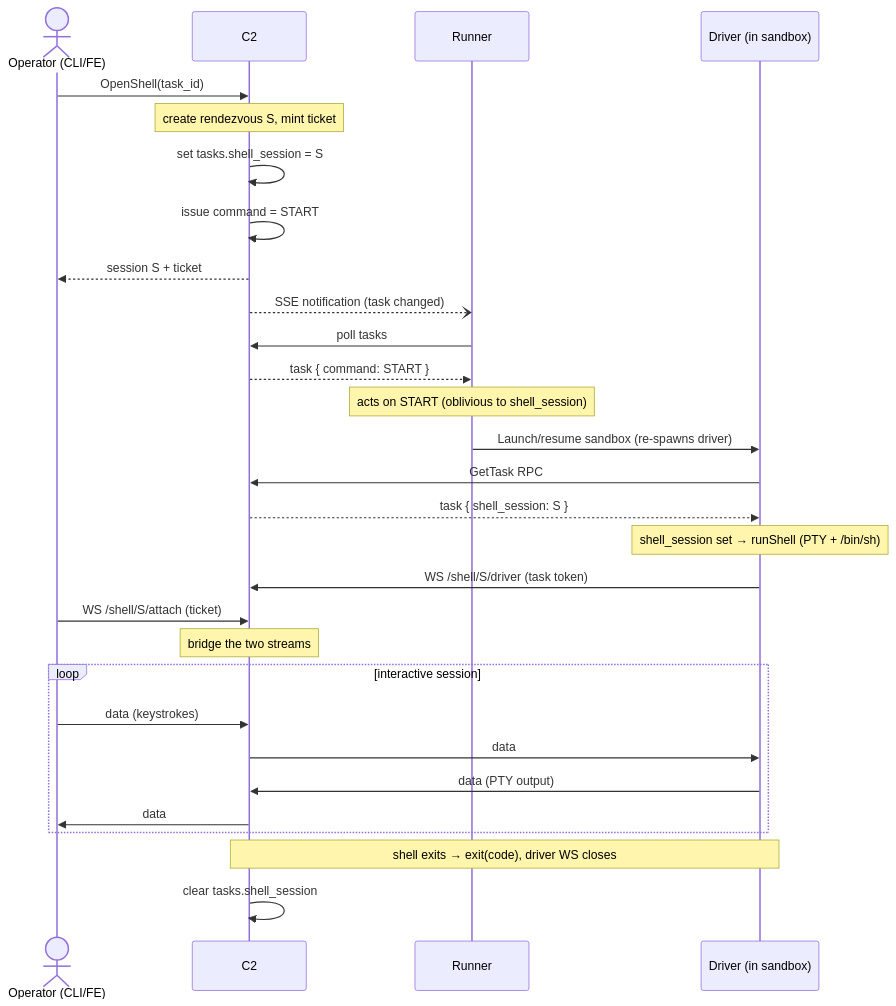
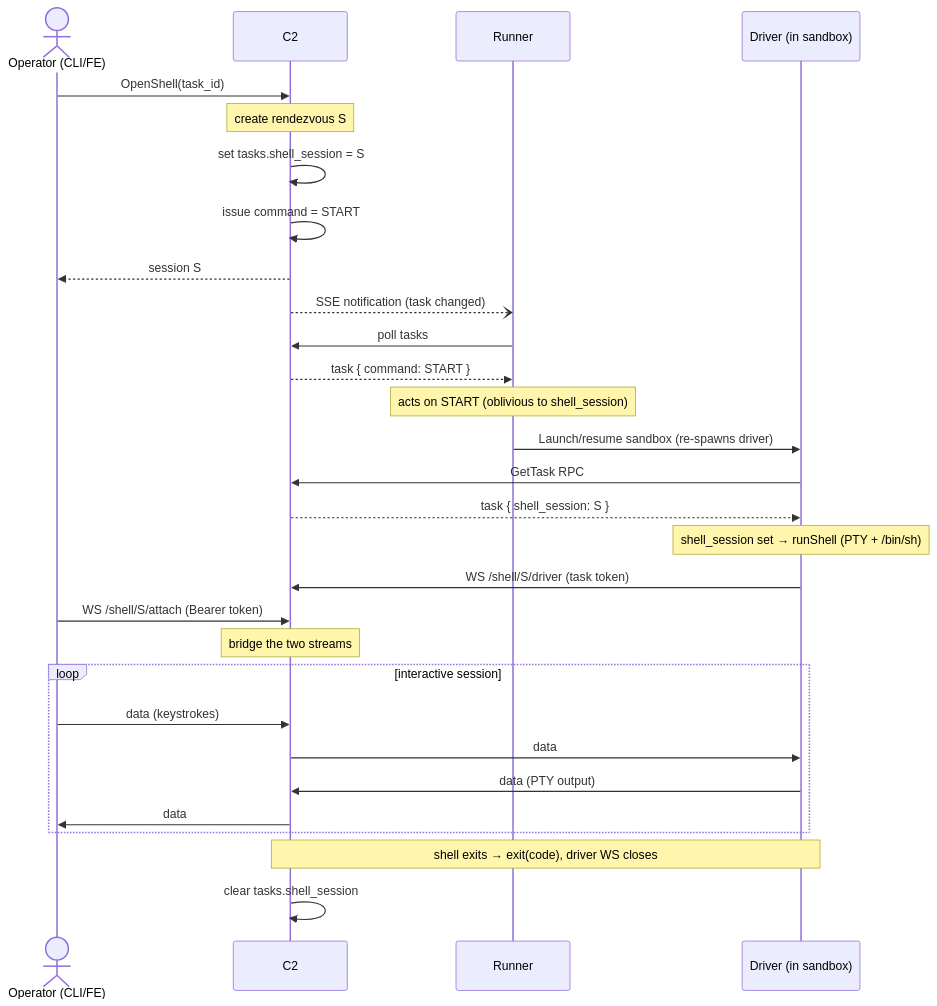
The diagram in proposals/draft/driver-reverse-shell.md (icholy/xagent), drawn with Mermaid before and after one commit. The commit also changed other lines of this file, not shown here.

Commit message:
proposal: drop reverse-shell ticket, use Bearer auth for operator leg

````diff
--- a/proposals/draft/driver-reverse-shell.md
+++ b/proposals/draft/driver-reverse-shell.md
@@ -115,37 +114,37 @@
 ```mermaid
 sequenceDiagram
     actor Op as Operator (CLI/FE)
     participant C2
     participant Runner
     participant Driver as Driver (in sandbox)
 
     Op->>C2: OpenShell(task_id)
-    Note over C2: create rendezvous S, mint ticket
+    Note over C2: create rendezvous S
     C2->>C2: set tasks.shell_session = S
     C2->>C2: issue command = START
-    C2-->>Op: session S + ticket
+    C2-->>Op: session S
 
     C2--)Runner: SSE notification (task changed)
     Runner->>C2: poll tasks
     C2-->>Runner: task { command: START }
     Note over Runner: acts on START (oblivious to shell_session)
     Runner->>Driver: Launch/resume sandbox (re-spawns driver)
 
     Driver->>C2: GetTask RPC
     C2-->>Driver: task { shell_session: S }
     Note over Driver: shell_session set → runShell (PTY + /bin/sh)
 
     Driver->>C2: WS /shell/S/driver (task token)
-    Op->>C2: WS /shell/S/attach (ticket)
+    Op->>C2: WS /shell/S/attach (Bearer token)
     Note over C2: bridge the two streams
 
     loop interactive session
         Op->>C2: data (keystrokes)
         C2->>Driver: data
         Driver->>C2: data (PTY output)
         C2->>Op: data
     end
 
     Note over Driver,C2: shell exits → exit(code), driver WS closes
     C2->>C2: clear tasks.shell_session
 ```
````
